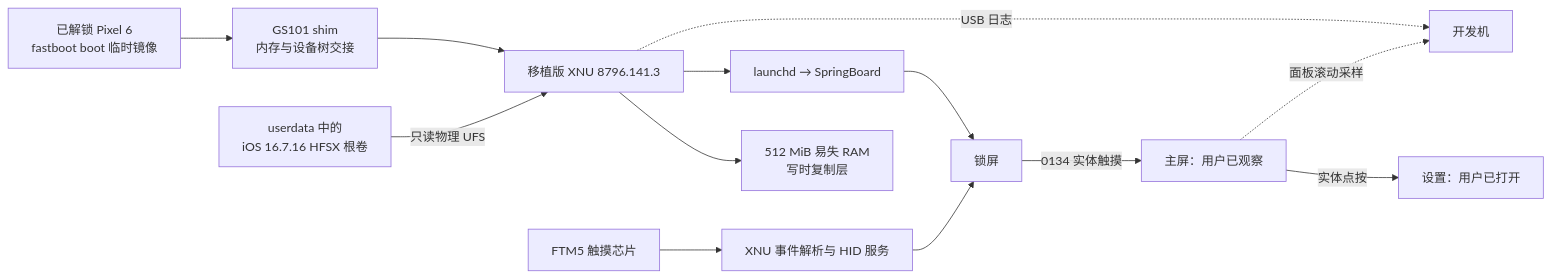
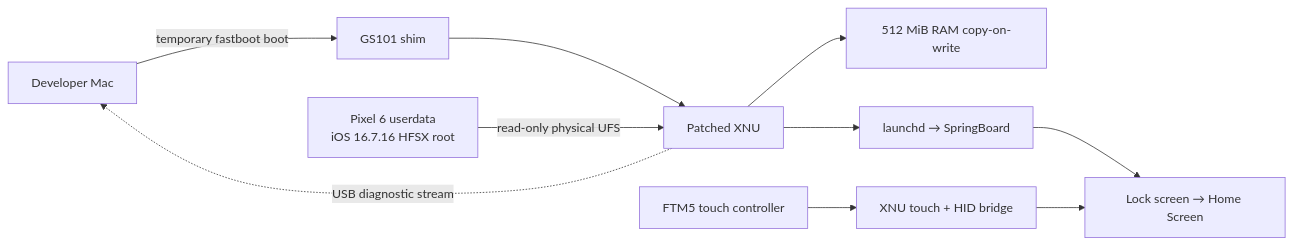
The diagram in README.md (everettjf/pixel6ios), drawn with Mermaid before and after one commit. The commit also changed other lines of this file and 10 other files, not shown here.

````diff
--- a/README.md
+++ b/README.md
@@ -34,15 +25,12 @@
 ```mermaid
 flowchart LR
-    A[已解锁 Pixel 6<br/>fastboot boot 临时镜像] --> B[GS101 shim<br/>内存与设备树交接]
-    B --> C[移植版 XNU 8796.141.3]
-    D[userdata 中的<br/>iOS 16.7.16 HFSX 根卷] -->|只读物理 UFS| C
-    C --> E[512 MiB 易失 RAM<br/>写时复制层]
-    C --> F[launchd → SpringBoard]
-    F --> G[锁屏]
-    G -->|0134 实体触摸| H[主屏：用户已观察]
-    H -->|实体点按| J[设置：用户已打开]
-    T[FTM5 触摸芯片] --> U[XNU 事件解析与 HID 服务]
-    U --> G
-    C -. USB 日志 .-> I[开发机]
-    H -. 面板滚动采样 .-> I
+    H[Developer Mac] -->|temporary fastboot boot| S[GS101 shim]
+    S --> K[Patched XNU]
+    U[Pixel 6 userdata<br/>iOS 16.7.16 HFSX root] -->|read-only physical UFS| K
+    K --> C[512 MiB RAM copy-on-write]
+    K --> L[launchd → SpringBoard]
+    L --> D[Lock screen → Home Screen]
+    T[FTM5 touch controller] --> I[XNU touch + HID bridge]
+    I --> D
+    K -. USB diagnostic stream .-> H
 ```
````
